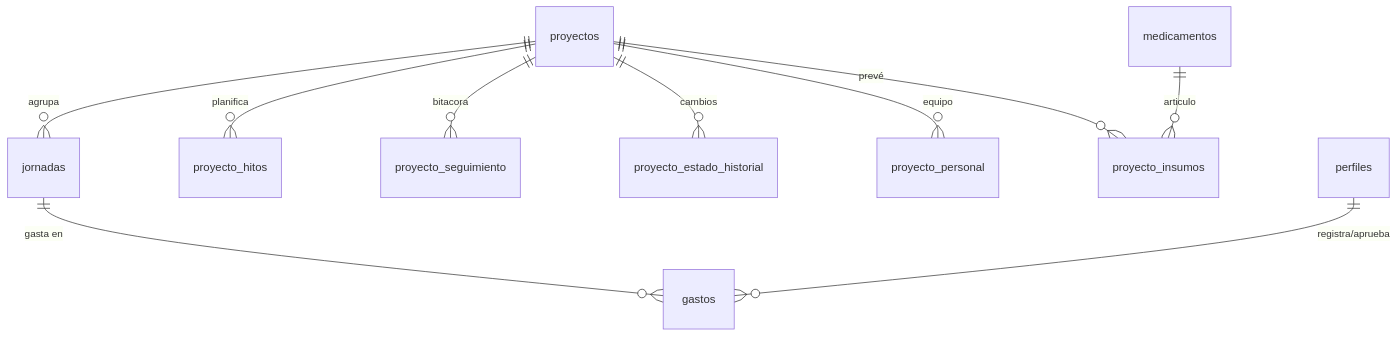
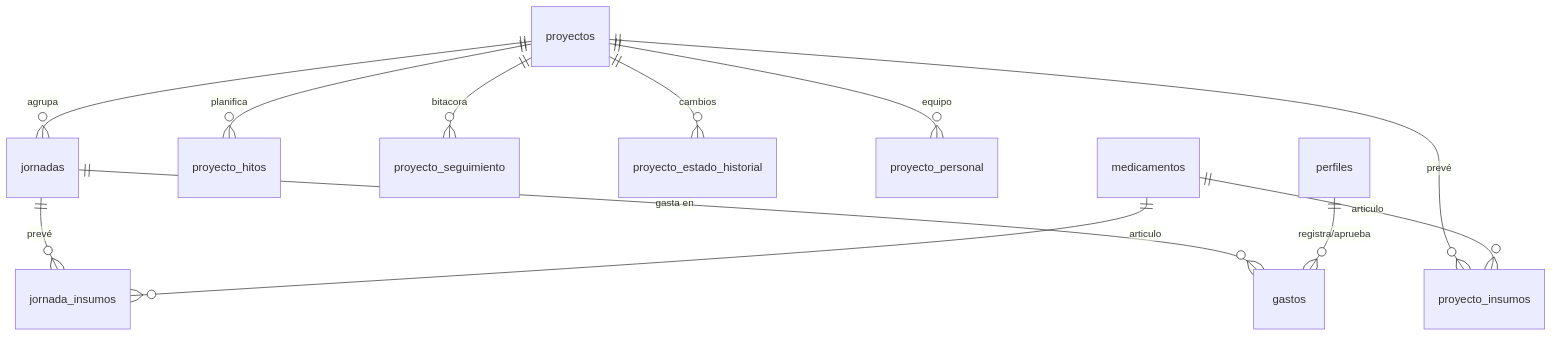
Before and after one commit to URL-ECOPAC/Ecopac-Digital: the sixth of 6 diagrams in docs/MODELO-DE-DATOS.md, drawn with Mermaid. The commit also changed other lines of this file and 51 other files, not shown here.

First line of the commit message:
feat(proyectos): proyectos agrupan sus jornadas, donacion para una jornada y cierre de cumplimiento

````diff
--- a/docs/MODELO-DE-DATOS.md
+++ b/docs/MODELO-DE-DATOS.md
@@ -702,12 +703,14 @@
 ```mermaid
 erDiagram
     proyectos ||--o{ jornadas : agrupa
     proyectos ||--o{ proyecto_hitos : "planifica"
     proyectos ||--o{ proyecto_seguimiento : "bitacora"
     proyectos ||--o{ proyecto_estado_historial : "cambios"
     proyectos ||--o{ proyecto_personal : "equipo"
     proyectos ||--o{ proyecto_insumos : "prevé"
     medicamentos ||--o{ proyecto_insumos : "articulo"
+    jornadas ||--o{ jornada_insumos : "prevé"
+    medicamentos ||--o{ jornada_insumos : "articulo"
     jornadas ||--o{ gastos : "gasta en"
     perfiles ||--o{ gastos : "registra/aprueba"
 ```
````
